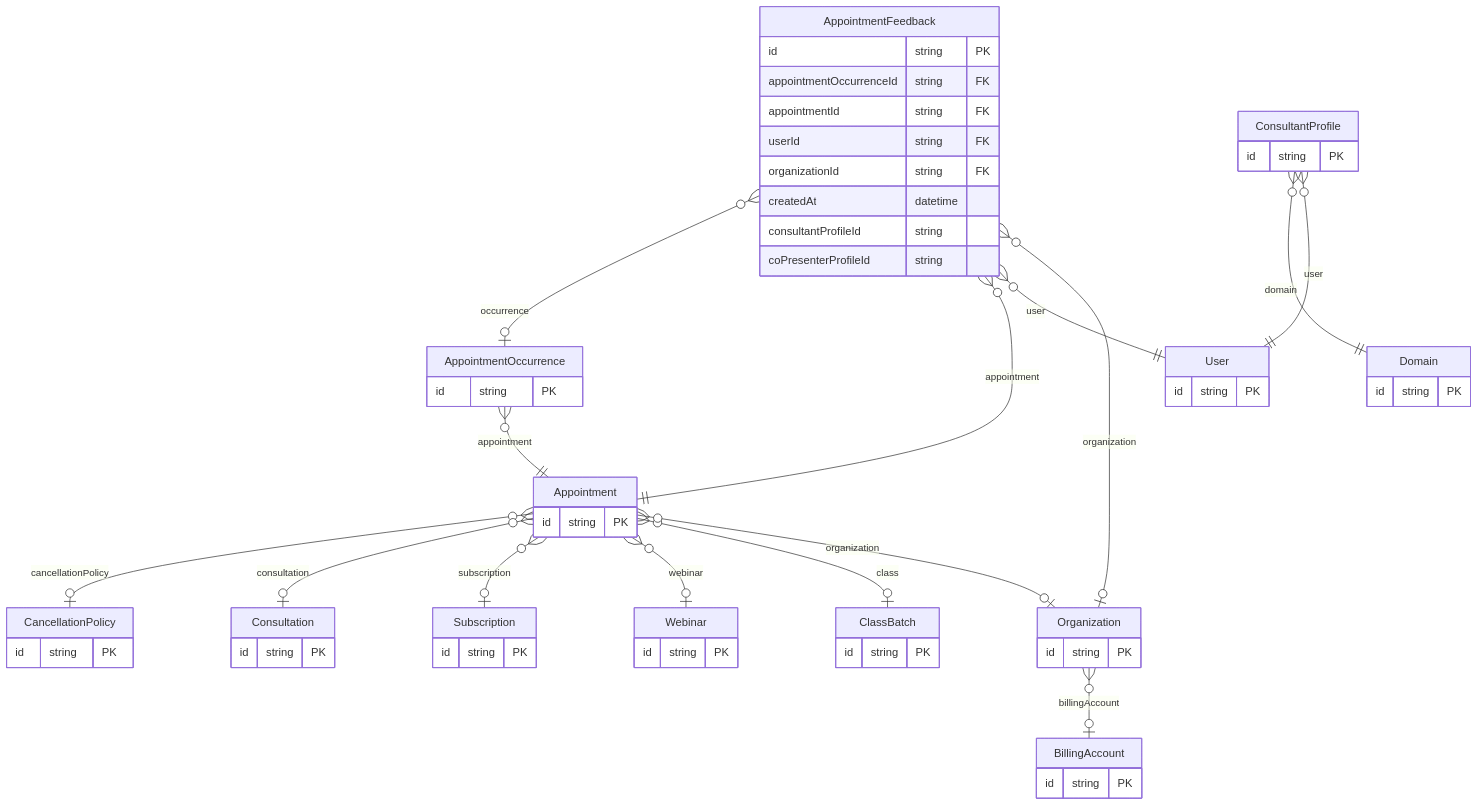
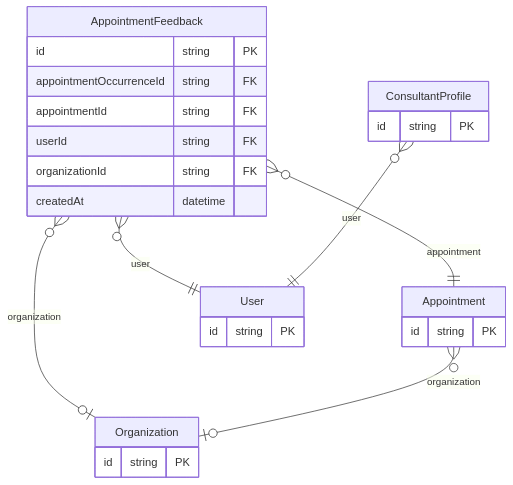
The third of 4 diagrams in docs/prisma/domains/09-support-and-moderation.md (Practitionist/familiarise_web), drawn with Mermaid before and after one commit. The commit also changed other lines of this file and 14 other files, not shown here.

````diff
--- a/docs/prisma/domains/09-support-and-moderation.md
+++ b/docs/prisma/domains/09-support-and-moderation.md
@@ -271,63 +180,28 @@
 ```mermaid
 erDiagram
     AppointmentFeedback {
         id string PK
         appointmentOccurrenceId string FK
         appointmentId string FK
         userId string FK
         organizationId string FK
         createdAt datetime
-        consultantProfileId string
-        coPresenterProfileId string
     }
     Appointment {
-        id string PK
-    }
-    AppointmentOccurrence {
         id string PK
     }
     User {
         id string PK
     }
     ConsultantProfile {
         id string PK
     }
     Organization {
         id string PK
     }
-    CancellationPolicy {
-        id string PK
-    }
-    Consultation {
-        id string PK
-    }
-    Subscription {
-        id string PK
-    }
-    Webinar {
-        id string PK
-    }
-    ClassBatch {
-        id string PK
-    }
-    Domain {
-        id string PK
-    }
-    BillingAccount {
-        id string PK
-    }
-    AppointmentFeedback }o--o| AppointmentOccurrence : "occurrence"
     AppointmentFeedback }o--|| Appointment : "appointment"
     AppointmentFeedback }o--|| User : "user"
     AppointmentFeedback }o--o| Organization : "organization"
-    Appointment }o--o| CancellationPolicy : "cancellationPolicy"
-    Appointment }o--o| Consultation : "consultation"
-    Appointment }o--o| Subscription : "subscription"
-    Appointment }o--o| Webinar : "webinar"
-    Appointment }o--o| ClassBatch : "class"
     Appointment }o--o| Organization : "organization"
-    AppointmentOccurrence }o--|| Appointment : "appointment"
-    ConsultantProfile }o--|| Domain : "domain"
     ConsultantProfile }o--|| User : "user"
-    Organization }o--o| BillingAccount : "billingAccount"
 ```
````
